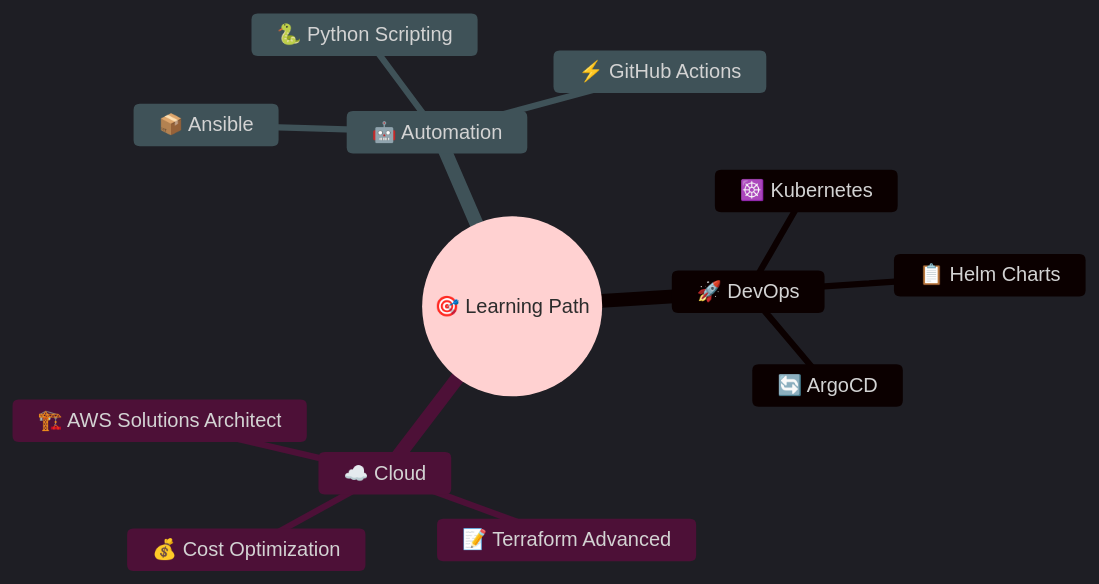
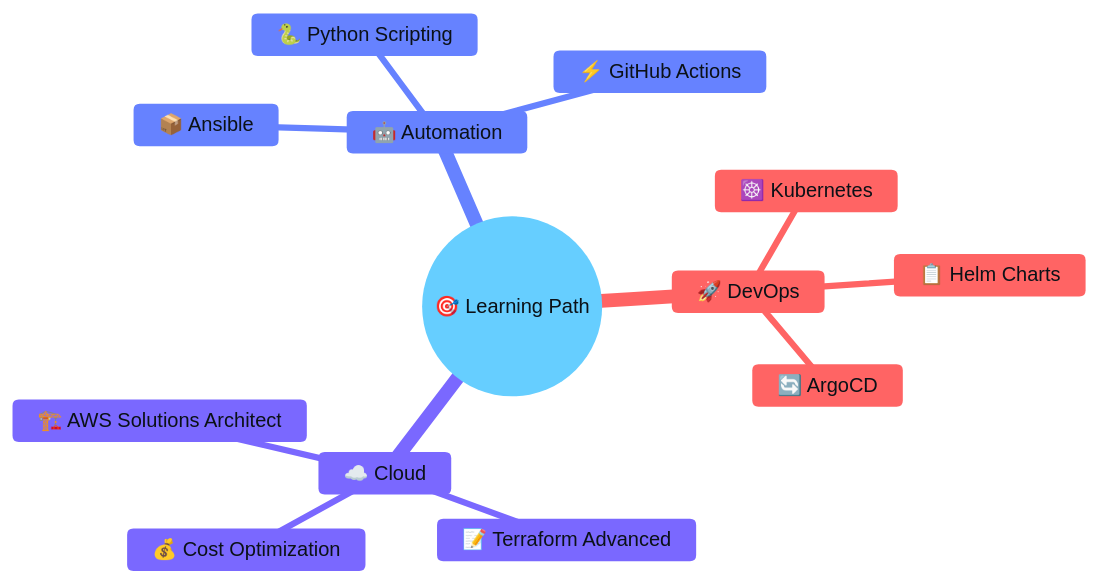
The diagram in README.md (Narendra-Geddam/Narendra-Geddam), drawn with Mermaid before and after one commit.

Commit message:
updated d profile md

````diff
--- a/README.md
+++ b/README.md
@@ -255,17 +255,17 @@
 ```mermaid
-%%{init: {'theme': 'dark', 'themeVariables': { 'primaryColor': '#00D9FF', 'primaryTextColor': '#FFFFFF', 'primaryBorderColor': '#00D9FF', 'lineColor': '#00D9FF', 'secondaryColor': '#FF6B6B', 'tertiaryColor': '#A78BFA', 'fontFamily': 'Inter, sans-serif', 'fontSize': '16px'}}}%%
+%%{init: {'theme': 'base', 'themeVariables': { 'primaryColor': '#E6F7FF', 'primaryTextColor': '#0B1117', 'primaryBorderColor': '#00A3C4', 'lineColor': '#00A3C4', 'secondaryColor': '#FFE3E3', 'tertiaryColor': '#EAE7FF', 'fontSize': '16px'}}}%%
 mindmap
   root((🎯 Learning Path))
     🚀 DevOps
       ☸️ Kubernetes
       📋 Helm Charts
       🔄 ArgoCD
     ☁️ Cloud
       🏗️ AWS Solutions Architect
       📝 Terraform Advanced
       💰 Cost Optimization
     🤖 Automation
       📦 Ansible
       🐍 Python Scripting
       ⚡ GitHub Actions
 ```
````
